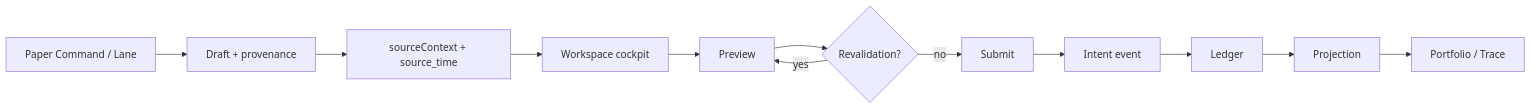
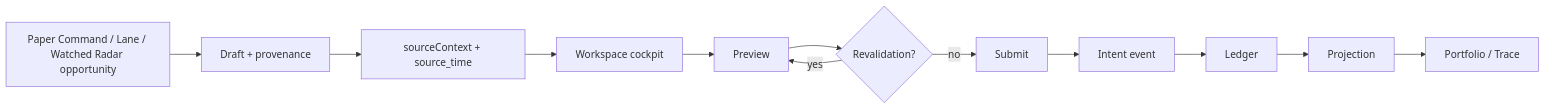
One commit to AdamEddahmouni/market-trading-platform changed the diagram in projects/integrated-market-platform/docs/architecture/PAPER_DECISION_LIFECYCLE.md. Above: the diagram before and after it, drawn with Mermaid. The commit also changed 21 other files, not shown here.

First line of the commit message:
Wire Radar watched opportunities into existing Paper preview.

````diff
--- a/projects/integrated-market-platform/docs/architecture/PAPER_DECISION_LIFECYCLE.md
+++ b/projects/integrated-market-platform/docs/architecture/PAPER_DECISION_LIFECYCLE.md
@@ -10,14 +10,14 @@
 ```mermaid
 flowchart LR
-  A[Paper Command / Lane] --> B[Draft + provenance]
+  A[Paper Command / Lane / Watched Radar opportunity] --> B[Draft + provenance]
   B --> C[sourceContext + source_time]
   C --> D[Workspace cockpit]
   D --> E[Preview]
   E --> F{Revalidation?}
   F -->|yes| E
   F -->|no| G[Submit]
   G --> H[Intent event]
   H --> I[Ledger]
   I --> J[Projection]
   J --> K[Portfolio / Trace]
 ```
````
